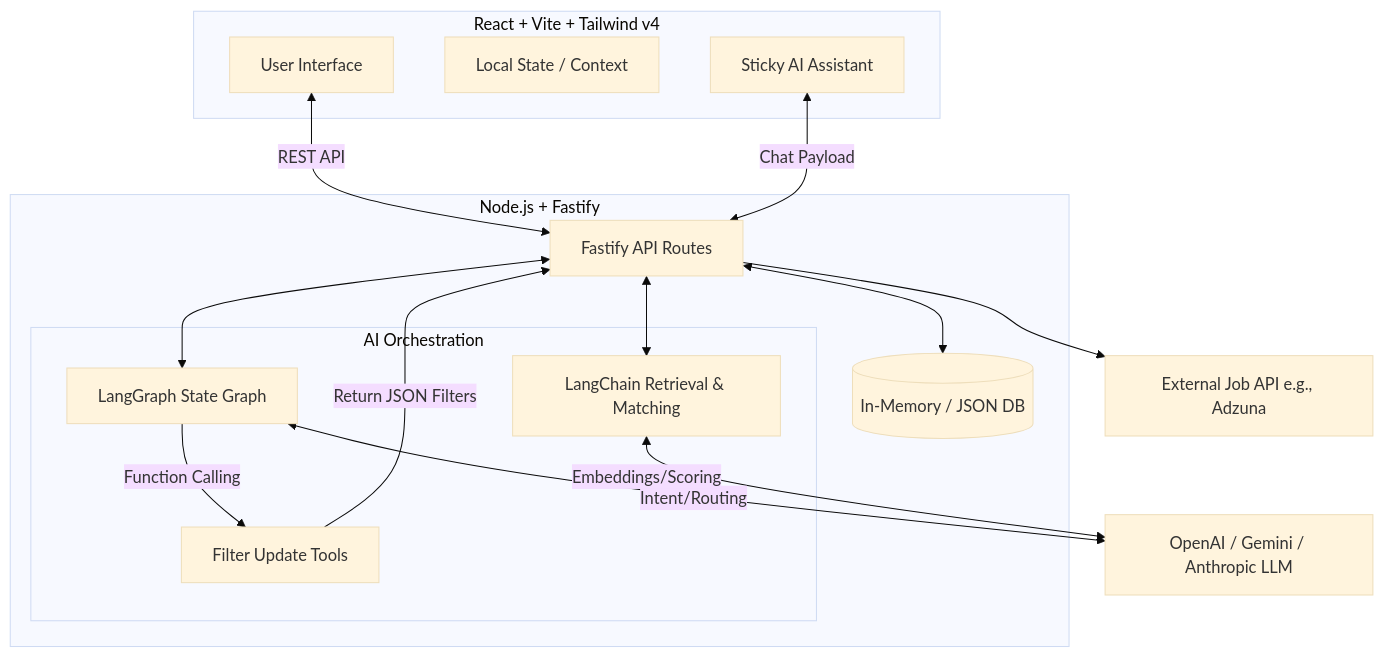
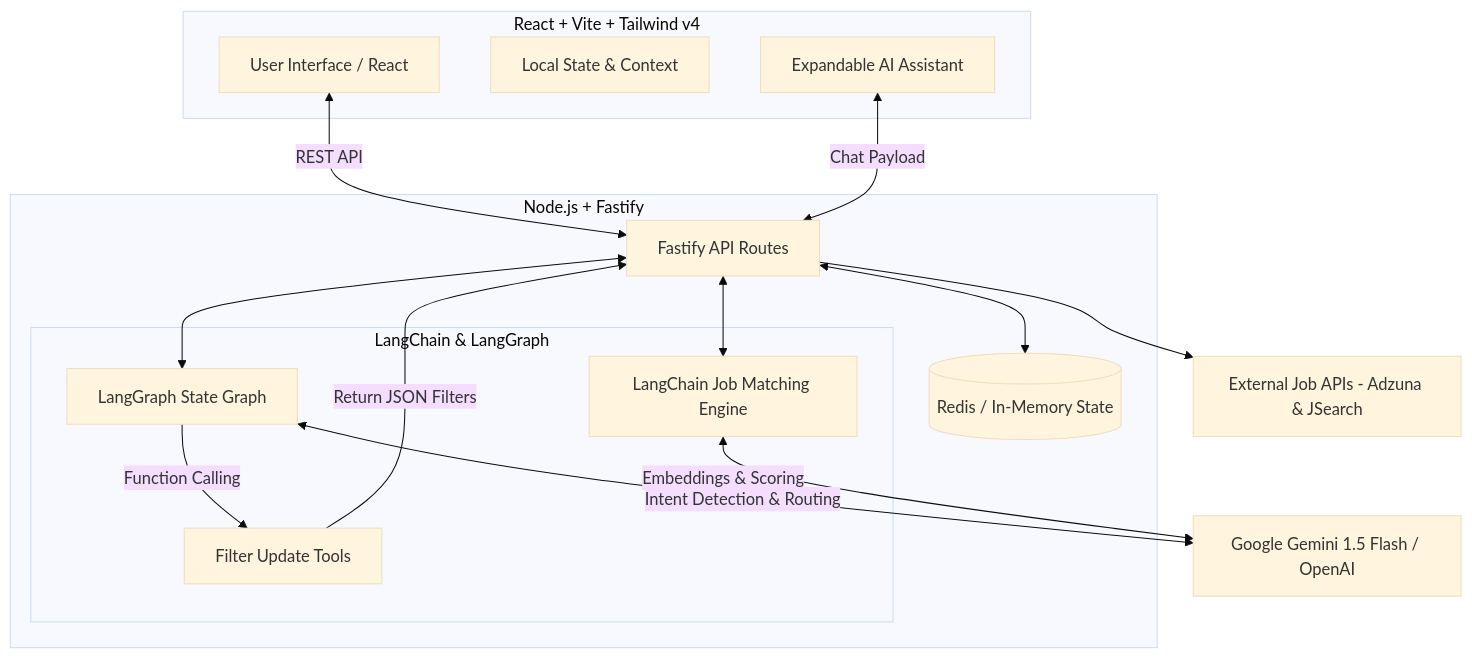
The diagram in README.md (KunjYadav/JobMatch-AI), drawn with Mermaid (base theme) before and after one commit. The commit also changed other lines of this file, not shown here.

````diff
--- a/README.md
+++ b/README.md
@@ -9,37 +9,37 @@
 ```mermaid
 graph TD
     subgraph Frontend [React + Vite + Tailwind v4]
-        UI[User Interface]
-        State[Local State / Context]
-        AgentUI[Sticky AI Assistant]
+        UI[User Interface / React]
+        State[Local State & Context]
+        AgentUI[Expandable AI Assistant]
     end
 
     subgraph Backend [Node.js + Fastify]
         API[Fastify API Routes]
         
-        subgraph AI Orchestration
+        subgraph AI Orchestration [LangChain & LangGraph]
             LG[LangGraph State Graph]
-            LC[LangChain Retrieval & Matching]
+            LC[LangChain Job Matching Engine]
             Tools[Filter Update Tools]
         end
         
-        Storage[(In-Memory / JSON DB)]
+        Storage[(Redis / In-Memory State)]
     end
 
-    External[External Job API e.g., Adzuna]
-    LLM[OpenAI / Gemini / Anthropic LLM]
+    External[External Job APIs - Adzuna & JSearch]
+    LLM[Google Gemini 1.5 Flash / OpenAI]
 
     %% Data Flow
     UI <--> |REST API| API
     AgentUI <--> |Chat Payload| API
     API --> External
     API <--> Storage
     
     API <--> LG
     API <--> LC
     
-    LG <--> |Intent/Routing| LLM
-    LC <--> |Embeddings/Scoring| LLM
+    LG <--> |Intent Detection & Routing| LLM
+    LC <--> |Embeddings & Scoring| LLM
     LG --> |Function Calling| Tools
     Tools --> |Return JSON Filters| API
 ```
````
